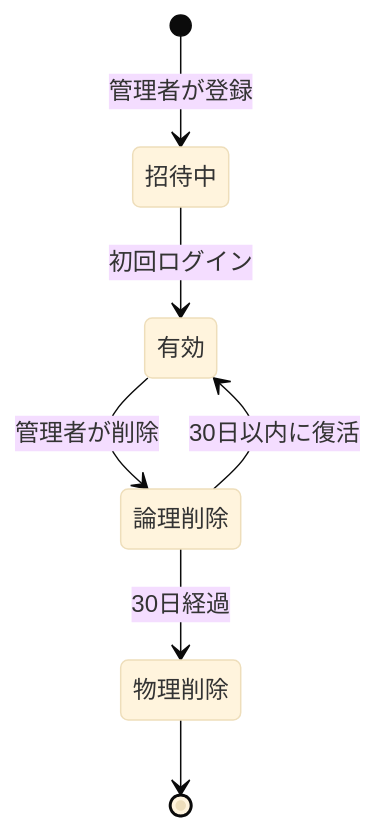
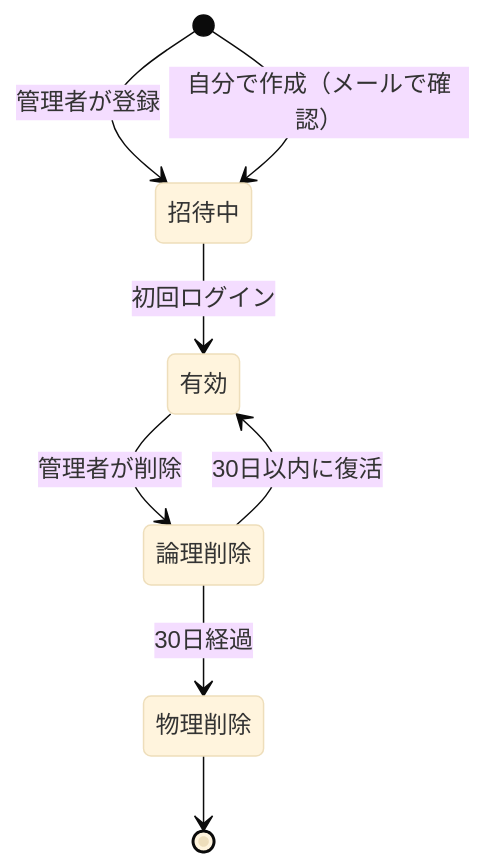
Before and after one commit to pocarialice/rpglearning: diagram 13 of 15 in documents/外部設計書_RPG学習アプリ.md, drawn with Mermaid (base theme). The commit also changed other lines of this file and 22 other files, not shown here.

````diff
--- a/documents/外部設計書_RPG学習アプリ.md
+++ b/documents/外部設計書_RPG学習アプリ.md
@@ -914,9 +919,10 @@
 ```mermaid
 stateDiagram-v2
   [*] --> 招待中: 管理者が登録
+  [*] --> 招待中: 自分で作成（メールで確認）
   招待中 --> 有効: 初回ログイン
   有効 --> 論理削除: 管理者が削除
   論理削除 --> 有効: 30日以内に復活
   論理削除 --> 物理削除: 30日経過
   物理削除 --> [*]
 ```
````
